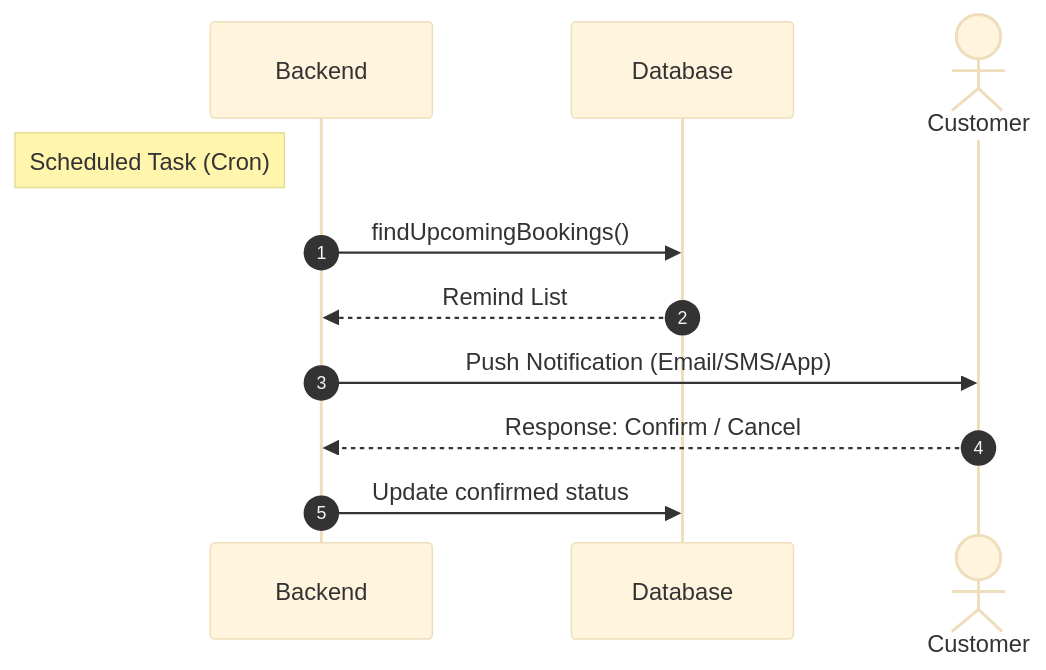
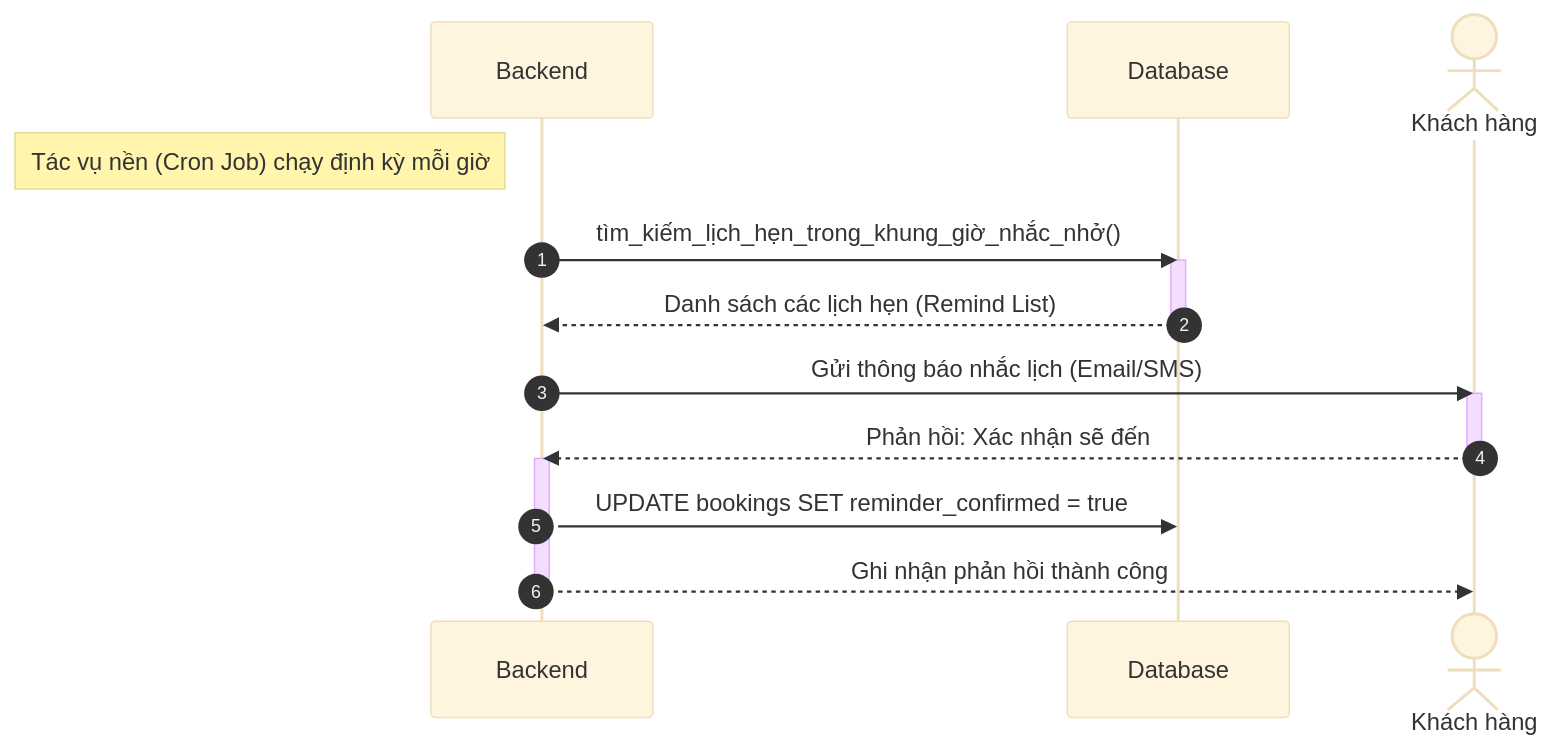
The fourth of 4 diagrams in docs/design/sequences_simplified/customer_flows.md (ngoctinn/Synapse), drawn with Mermaid (base theme) before and after one commit. The commit also changed other lines of this file and 4 other files, not shown here.

Commit message:
docs: Add simplified sequence diagrams for authentication and various user flows.

````diff
--- a/docs/design/sequences_simplified/customer_flows.md
+++ b/docs/design/sequences_simplified/customer_flows.md
@@ -181,16 +120,23 @@
 ```mermaid
 sequenceDiagram
     autonumber
     participant BE as Backend
     participant DB as Database
-    actor KH as Customer
+    actor KH as Khách hàng
 
-    Note left of BE: Scheduled Task (Cron)
-    BE->>DB: findUpcomingBookings()
-    DB-->>BE: Remind List
+    Note left of BE: Tác vụ nền (Cron Job) chạy định kỳ mỗi giờ
+    BE->>DB: tìm_kiếm_lịch_hẹn_trong_khung_giờ_nhắc_nhở()
+    activate DB
+    DB-->>BE: Danh sách các lịch hẹn (Remind List)
+    deactivate DB
 
-    BE->>KH: Push Notification (Email/SMS/App)
+    BE->>KH: Gửi thông báo nhắc lịch (Email/SMS)
+    activate KH
 
-    KH-->>BE: Response: Confirm / Cancel
-    BE->>DB: Update confirmed status
+    KH-->>BE: Phản hồi: Xác nhận sẽ đến
+    deactivate KH
+    activate BE
+    BE->>DB: UPDATE bookings SET reminder_confirmed = true
+    BE-->>KH: Ghi nhận phản hồi thành công
+    deactivate BE
 ```
````
